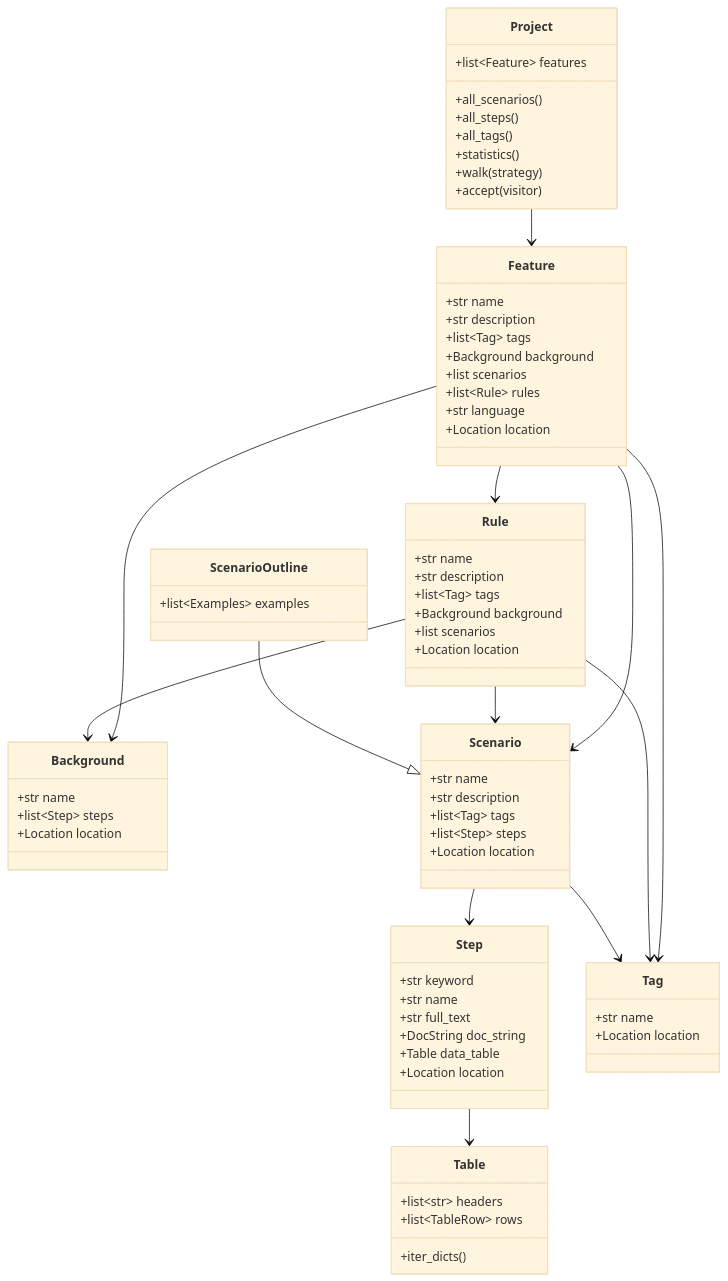
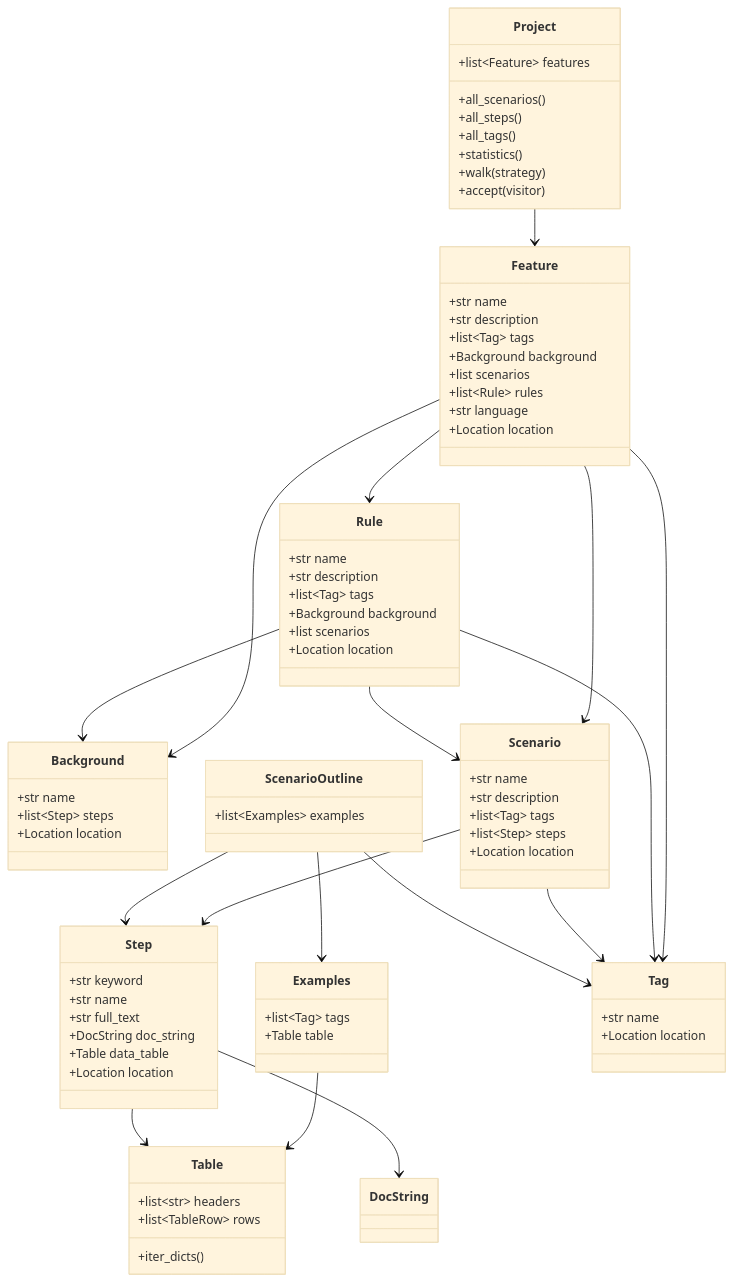
Before and after one commit to MathiasPaulenko/behave-model: the diagram in docs/guides/domain_model.md, drawn with Mermaid (base theme). The commit also changed other lines of this file and 19 other files, not shown here.

````diff
--- a/docs/guides/domain_model.md
+++ b/docs/guides/domain_model.md
@@ -48,6 +48,10 @@
     class ScenarioOutline {
         +list~Examples~ examples
     }
+    class Examples {
+        +list~Tag~ tags
+        +Table table
+    }
     class Step {
         +str keyword
         +str name
@@ -76,6 +80,10 @@
     Rule --> Tag
     Scenario --> Step
     Scenario --> Tag
-    ScenarioOutline --|> Scenario
+    ScenarioOutline --> Step
+    ScenarioOutline --> Tag
+    ScenarioOutline --> Examples
+    Examples --> Table
     Step --> Table
+    Step --> DocString
 ```
````
